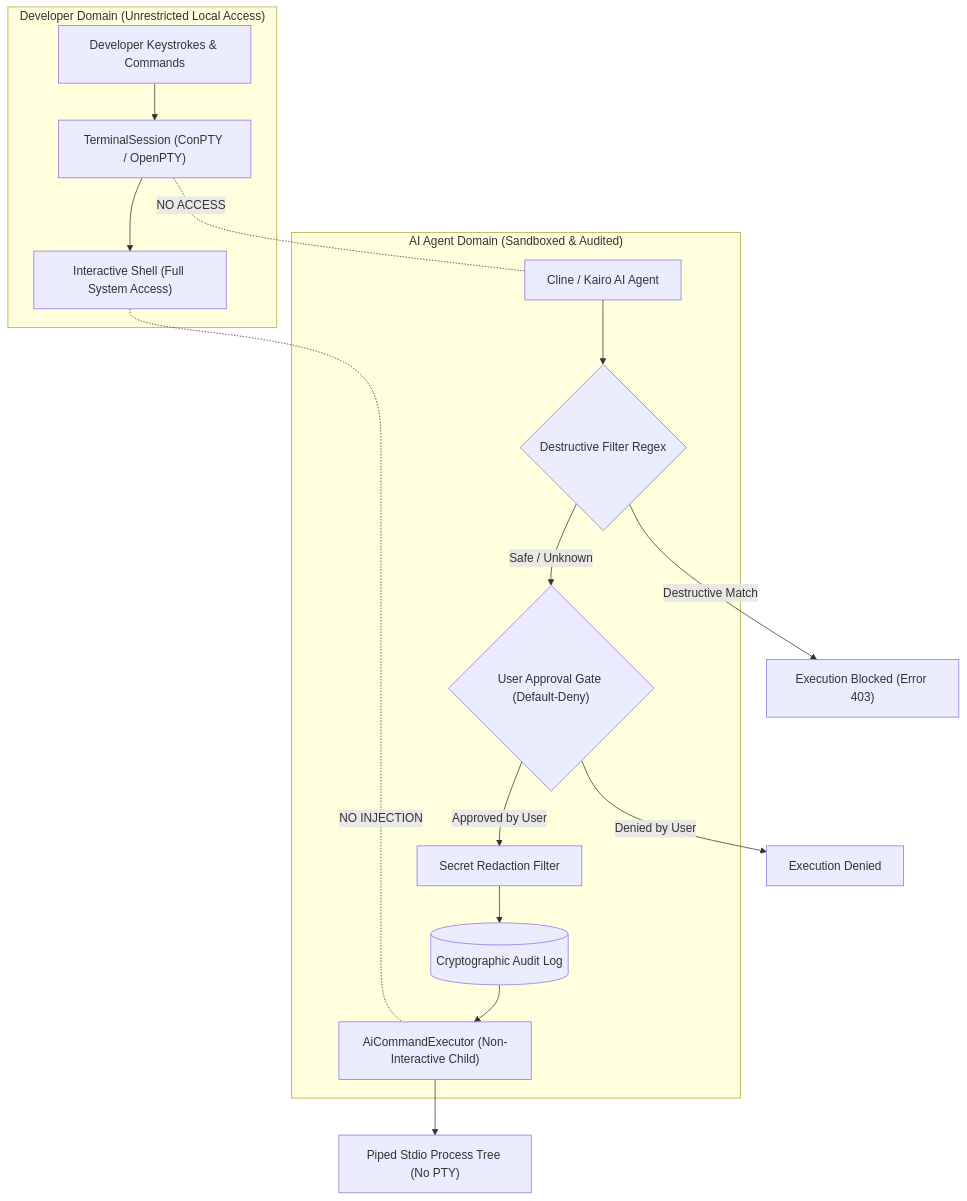
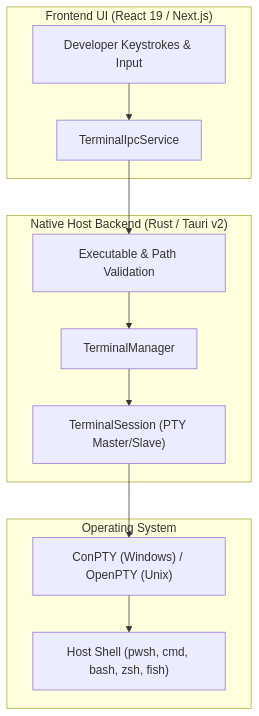
One commit to Aatharva-Gurav/kairo-ide changed the diagram in docs/terminal/TERMINAL_SECURITY.md. Above: the diagram before and after it, drawn with Mermaid. The commit also changed other lines of this file and 140 other files, not shown here.

````diff
--- a/docs/terminal/TERMINAL_SECURITY.md
+++ b/docs/terminal/TERMINAL_SECURITY.md
@@ -17,32 +17,25 @@
 ```mermaid
 graph TD
-    subgraph Developer_Domain ["Developer Domain (Unrestricted Local Access)"]
-        UserKeystrokes["Developer Keystrokes & Commands"]
-        InteractivePTY["TerminalSession (ConPTY / OpenPTY)"]
-        InteractiveShell["Interactive Shell (Full System Access)"]
+    subgraph Frontend ["Frontend UI (React 19 / Next.js)"]
+        UserKeystrokes["Developer Keystrokes & Input"]
+        IPCClient["TerminalIpcService"]
     end
 
-    subgraph AI_Agent_Domain ["AI Agent Domain (Sandboxed & Audited)"]
-        AIAgent["Cline / Kairo AI Agent"]
-        ApprovalGate{"User Approval Gate (Default-Deny)"}
-        DestructiveFilter{"Destructive Filter Regex"}
-        SecretFilter["Secret Redaction Filter"]
-        AuditLog[("Cryptographic Audit Log")]
-        AiExecutor["AiCommandExecutor (Non-Interactive Child)"]
+    subgraph Rust_Host ["Native Host Backend (Rust / Tauri v2)"]
+        Validation["Executable & Path Validation"]
+        Manager["TerminalManager"]
+        Session["TerminalSession (PTY Master/Slave)"]
     end
 
-    UserKeystrokes --> InteractivePTY --> InteractiveShell
+    subgraph OS_Kernel ["Operating System"]
+        PTY["ConPTY (Windows) / OpenPTY (Unix)"]
+        Shell["Host Shell (pwsh, cmd, bash, zsh, fish)"]
+    end
 
-    AIAgent --> DestructiveFilter
-    DestructiveFilter -- Destructive Match --> Blocked["Execution Blocked (Error 403)"]
-    DestructiveFilter -- Safe / Unknown --> ApprovalGate
-    ApprovalGate -- Denied by User --> Rejected["Execution Denied"]
-    ApprovalGate -- Approved by User --> SecretFilter
-    SecretFilter --> AuditLog
-    AuditLog --> AiExecutor
-    AiExecutor --> PipedChild["Piped Stdio Process Tree (No PTY)"]
-
-    %% Isolation boundary
-    InteractivePTY -. NO ACCESS .- AIAgent
-    InteractiveShell -. NO INJECTION .- AiExecutor
+    UserKeystrokes --> IPCClient
+    IPCClient --> Validation
+    Validation --> Manager
+    Manager --> Session
+    Session --> PTY
+    PTY --> Shell
 ```
````
